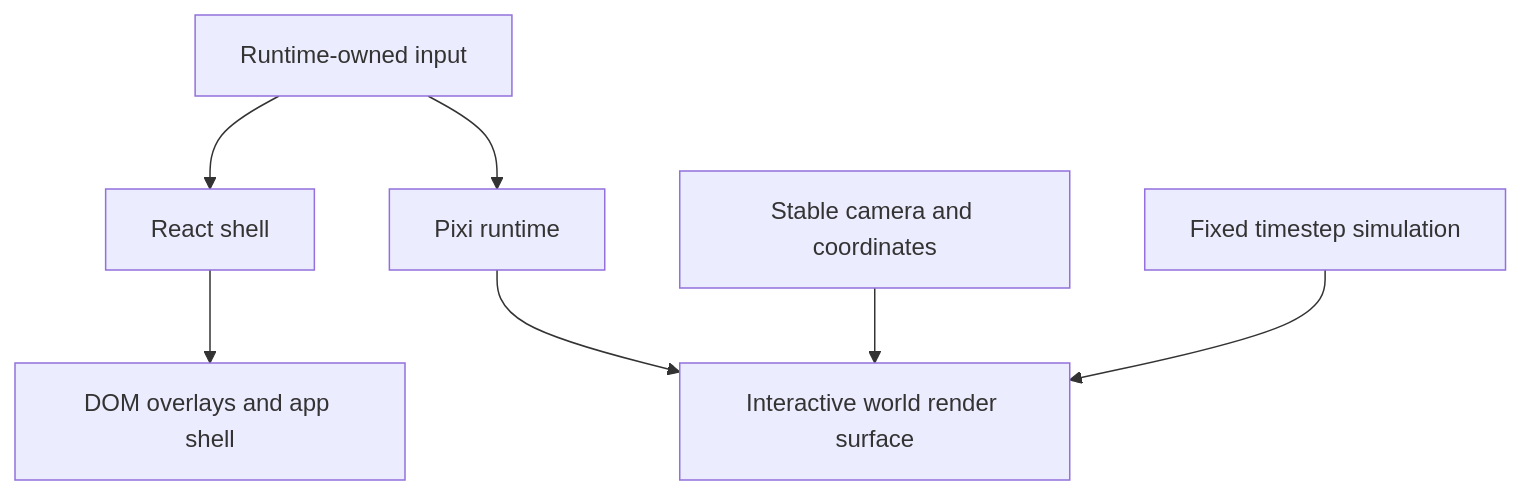
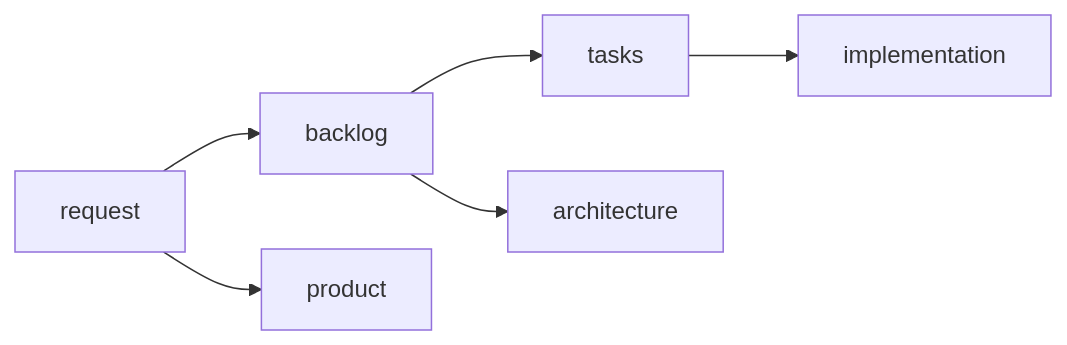
One commit to AlexAgo83/emberwake changed the tenth of 14 diagrams in README.md. Above: the diagram before and after it, drawn with Mermaid. The commit also changed other lines of this file and 23 other files, not shown here.

````diff
--- a/README.md
+++ b/README.md
@@ -186,9 +225,8 @@
 ```mermaid
-flowchart TD
-    React[React shell] --> DOM[DOM overlays and app shell]
-    Pixi[Pixi runtime] --> World[Interactive world render surface]
-    Camera[Stable camera and coordinates] --> World
-    Sim[Fixed timestep simulation] --> World
-    Input[Runtime-owned input] --> React
-    Input --> Pixi
+flowchart LR
+    Request[request] --> Backlog[backlog]
+    Backlog --> Task[tasks]
+    Task --> Delivery[implementation]
+    Request --> Product[product]
+    Backlog --> ADR[architecture]
 ```
````
